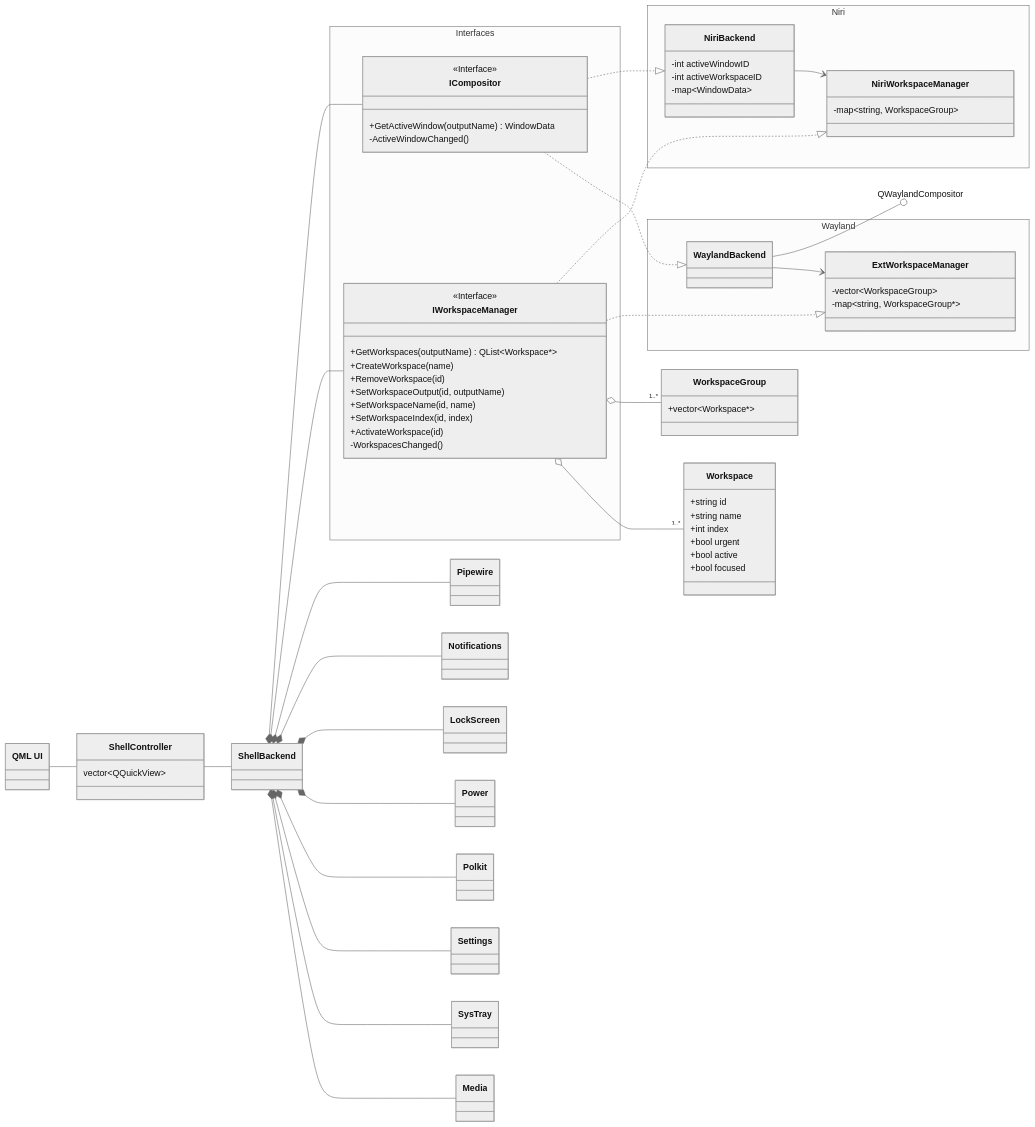
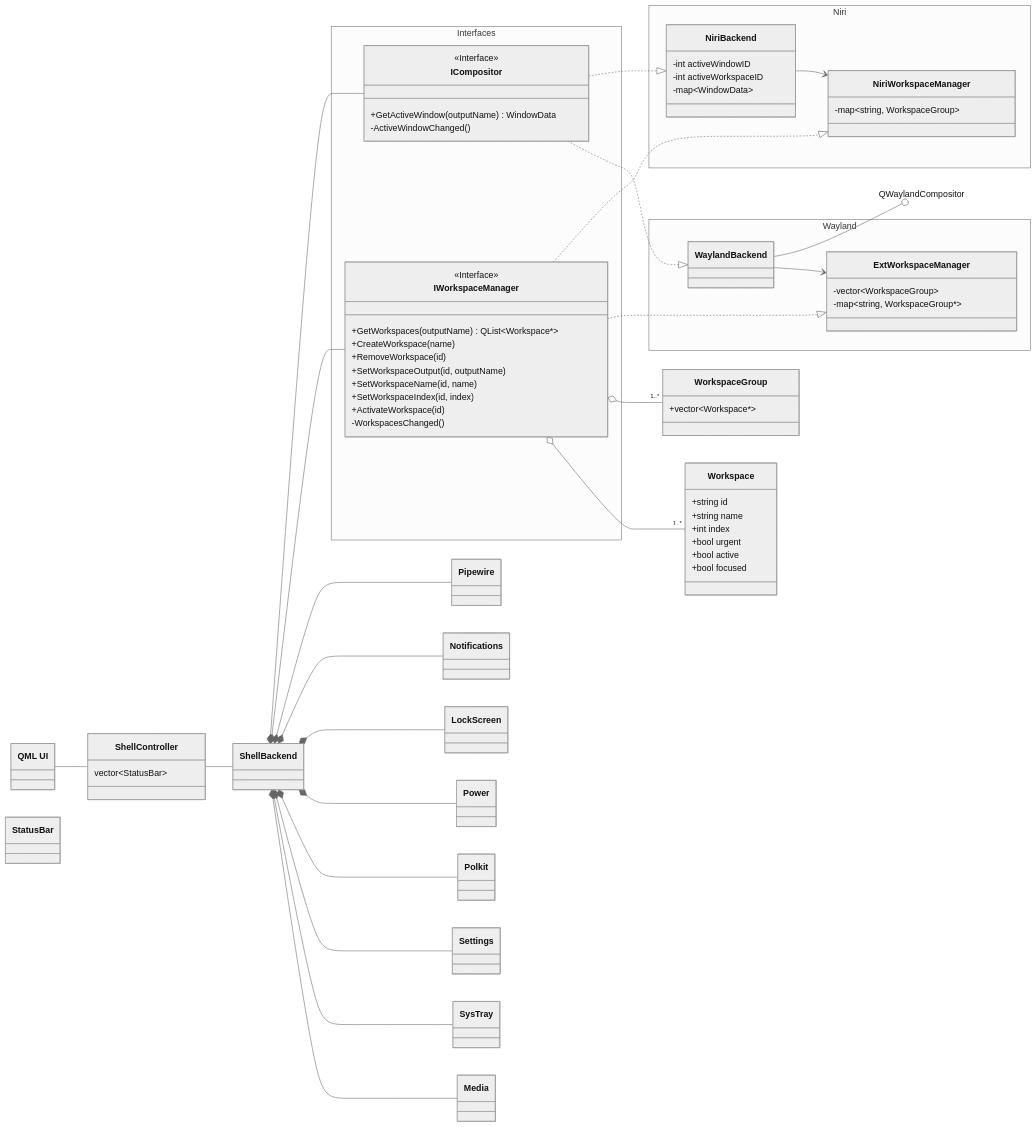
The diagram in Shell.mermaid (AlexQuennelle/customShell), drawn with Mermaid (neutral theme) before and after one commit. The commit also changed 1 other file, not shown here.

```diff
--- a/Shell.mermaid
+++ b/Shell.mermaid
@@ -1,78 +1,80 @@
 classDiagram
     direction LR
 
     UI -- ShellController
     ShellController -- ShellBackend
     ShellBackend *-- ICompositor
     ShellBackend *-- IWorkspaceManager
     ShellBackend *-- Pipewire
     ShellBackend *-- Notifications
     ShellBackend *-- LockScreen
     ShellBackend *-- Power
     ShellBackend *-- Polkit
     ShellBackend *-- Settings
     ShellBackend *-- SysTray
     ShellBackend *-- Media
     ICompositor ..|> NiriBackend
     ICompositor ..|> WaylandBackend
     WaylandBackend --() QWaylandCompositor
     IWorkspaceManager ..|> NiriWorkspaceManager
     IWorkspaceManager ..|> ExtWorkspaceManager
     IWorkspaceManager o--"1..*" WorkspaceGroup
     IWorkspaceManager o--"1..*" Workspace
     NiriBackend --> NiriWorkspaceManager
     WaylandBackend --> ExtWorkspaceManager
 
     namespace Interfaces {
         class ICompositor <<Interface>> {
             +GetActiveWindow(outputName) WindowData
 
             -ActiveWindowChanged()
         }
         class IWorkspaceManager <<Interface>> {
             +GetWorkspaces(outputName) QList~Workspace*~
             +CreateWorkspace(name)
             +RemoveWorkspace(id)
             +SetWorkspaceOutput(id, outputName)
             +SetWorkspaceName(id, name)
             +SetWorkspaceIndex(id, index)
             +ActivateWorkspace(id)
 
             -WorkspacesChanged()
         }
     }
     class UI["QML UI"] {
     }
     class ShellController {
-        vector~QQuickView~
+        vector~StatusBar~
+    }
+    class StatusBar {
     }
     class ShellBackend {
     }
     namespace Niri {
         class NiriBackend {
             -int activeWindowID
             -int activeWorkspaceID
             -map~WindowData~
         }
         class NiriWorkspaceManager {
             -map~string, WorkspaceGroup~
         }
     }
     namespace Wayland {
         class WaylandBackend
         class ExtWorkspaceManager {
             -vector~WorkspaceGroup~
             -map~string, WorkspaceGroup*~
         }
     }
     class WorkspaceGroup {
         +vector~Workspace*~
     }
     class Workspace {
         +string id
         +string name
         +int index
         +bool urgent
         +bool active
         +bool focused
     }
```
